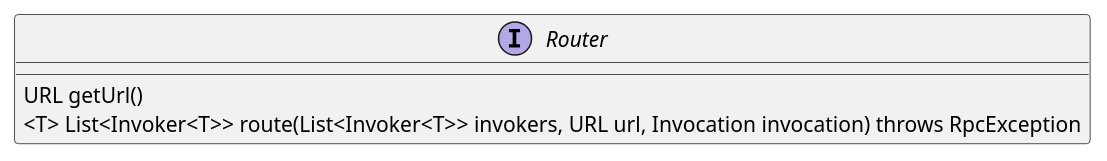
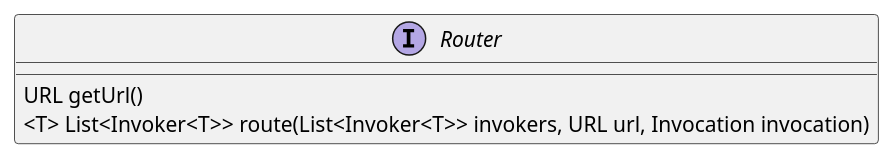
One commit to onlyonion/development changed the diagram in docs/30-distributed/src/dubbo/rpc/cluster/Router.md. Above: the diagram before and after it, drawn with PlantUML. The commit also changed 81 other files, not shown here.

````diff
--- a/docs/30-distributed/src/dubbo/rpc/cluster/Router.md
+++ b/docs/30-distributed/src/dubbo/rpc/cluster/Router.md
@@ -12,10 +12,10 @@
 ```plantuml
 @startuml
 
 interface Router {
     URL getUrl()
-    <T> List<Invoker<T>> route(List<Invoker<T>> invokers, URL url, Invocation invocation) throws RpcException
+    <T> List<Invoker<T>> route(List<Invoker<T>> invokers, URL url, Invocation invocation)
 }
 
 @enduml
 ```
````
